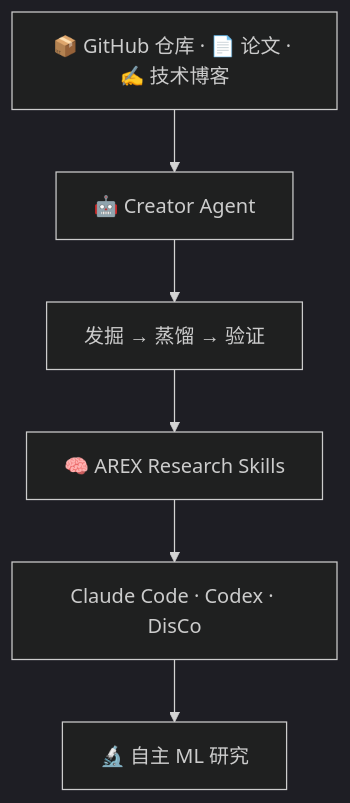
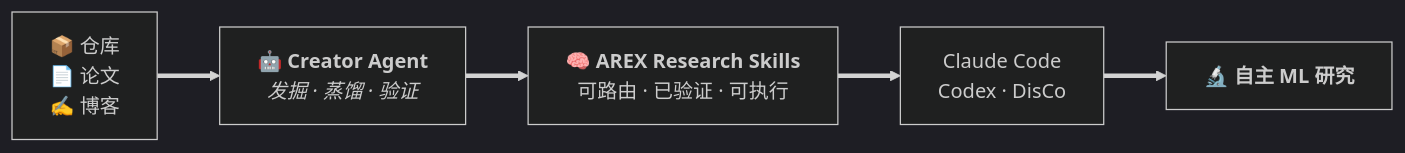
One commit to Lolo1222/AREX-Skill changed the first of 5 diagrams in README.zh-CN.md. Above: the diagram before and after it, drawn with Mermaid (dark theme). The commit also changed other lines of this file and 1 other file, not shown here.

Commit message:
docs: horizontal hero diagram, fix pain-point table borders
Claude-Session: https://claude.ai/code/session_01Jh4ieFf24mBvscrDVc3ECQ

````diff
--- a/README.zh-CN.md
+++ b/README.zh-CN.md
@@ -23,8 +23,7 @@
 ```mermaid
-flowchart TD
-    A["📦 GitHub 仓库 · 📄 论文 · ✍️ 技术博客"] --> B["🤖 Creator Agent"]
-    B --> C["发掘 → 蒸馏 → 验证"]
-    C --> D["🧠 AREX Research Skills"]
-    D --> E["Claude Code · Codex · DisCo"]
-    E --> F["🔬 自主 ML 研究"]
+flowchart LR
+    A["📦 仓库<br>📄 论文<br>✍️ 博客"] ==> B["🤖 <b>Creator Agent</b><br><i>发掘 · 蒸馏 · 验证</i>"]
+    B ==> C["🧠 <b>AREX Research Skills</b><br>可路由 · 已验证 · 可执行"]
+    C ==> D["Claude Code<br>Codex · DisCo"]
+    D ==> E["🔬 <b>自主 ML 研究</b>"]
 ```
````
